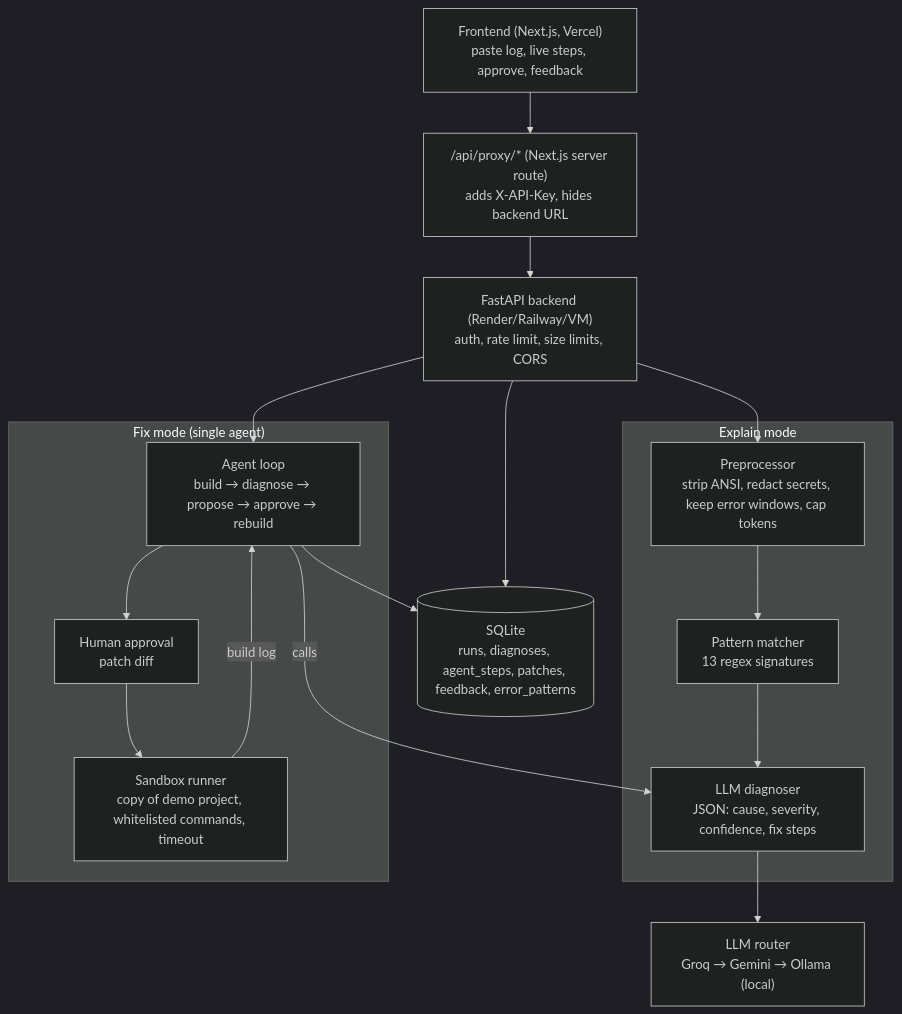
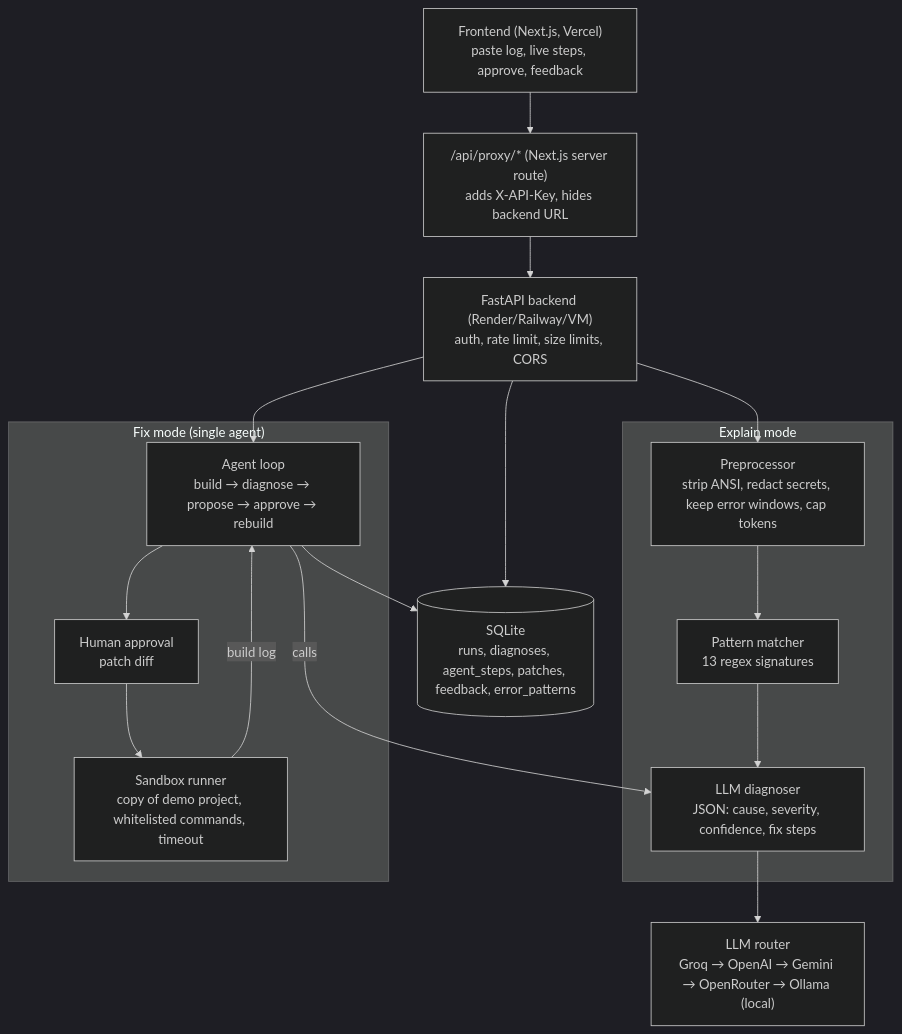
The diagram in docs/ARCHITECTURE.md (samrat-tech30/fixloop), drawn with Mermaid (dark theme) before and after one commit. The commit also changed 8 other files, not shown here.

````diff
--- a/docs/ARCHITECTURE.md
+++ b/docs/ARCHITECTURE.md
@@ -5,28 +5,28 @@
 ```mermaid
 flowchart TD
   UI["Frontend (Next.js, Vercel)<br/>paste log, live steps, approve, feedback"]
   PX["/api/proxy/* (Next.js server route)<br/>adds X-API-Key, hides backend URL"]
   API["FastAPI backend (Render/Railway/VM)<br/>auth, rate limit, size limits, CORS"]
   subgraph Explain["Explain mode"]
     PRE["Preprocessor<br/>strip ANSI, redact secrets, keep error windows, cap tokens"]
     PAT["Pattern matcher<br/>13 regex signatures"]
     DIAG["LLM diagnoser<br/>JSON: cause, severity, confidence, fix steps"]
   end
   subgraph Fix["Fix mode (single agent)"]
     AG["Agent loop<br/>build → diagnose → propose → approve → rebuild"]
     APR["Human approval<br/>patch diff"]
     SB["Sandbox runner<br/>copy of demo project, whitelisted commands, timeout"]
   end
-  LLM["LLM router<br/>Groq → Gemini → Ollama (local)"]
+  LLM["LLM router<br/>Groq → OpenAI → Gemini → OpenRouter → Ollama (local)"]
   DB[("SQLite<br/>runs, diagnoses, agent_steps, patches, feedback, error_patterns")]
 
   UI --> PX --> API
   API --> PRE --> PAT --> DIAG
   API --> AG
   AG -->|calls| DIAG
   AG --> APR --> SB
   SB -->|build log| AG
   DIAG --> LLM
   API --> DB
   AG --> DB
 ```
````
